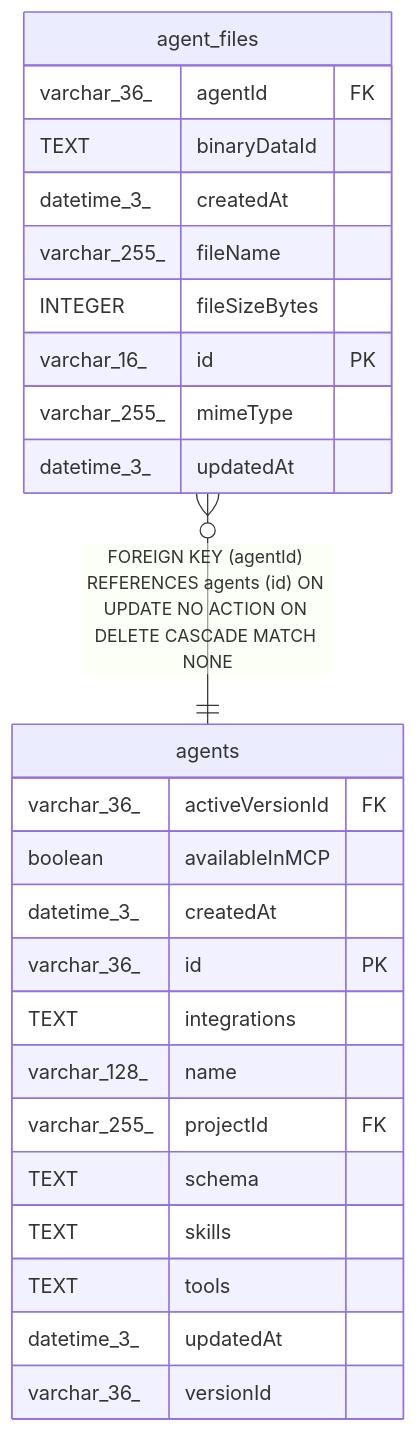
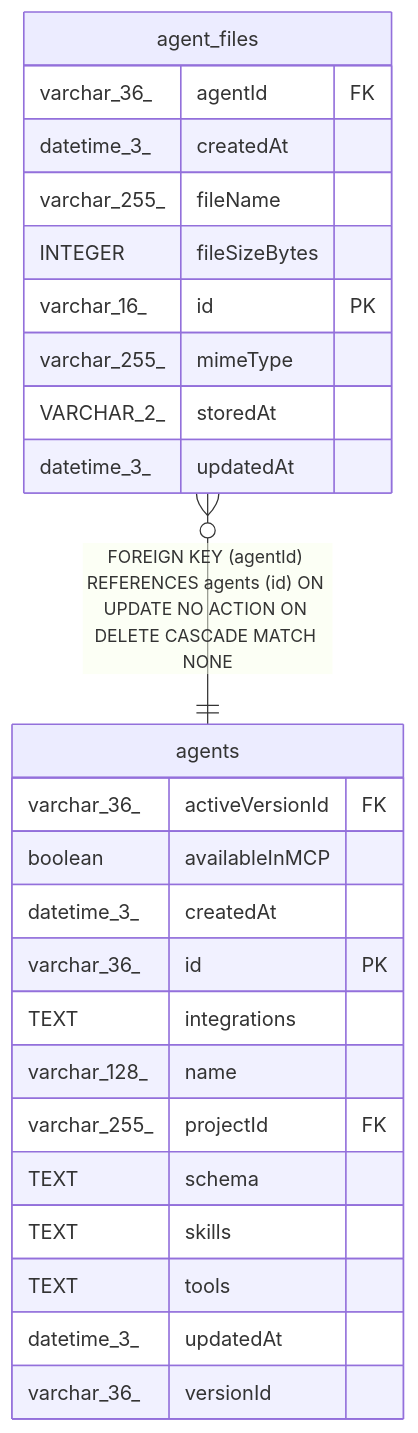
The diagram in docs/generated/sqlite-schema/agent_files.md (mayankjain1815-commits/n8n), drawn with Mermaid before and after one commit. The commit also changed other lines of this file and 9 other files, not shown here.

First line of the commit message:
refactor(core): Swap agent knowledge file binaryDataId for a storedAt location (no-changelog)

````diff
--- a/docs/generated/sqlite-schema/agent_files.md
+++ b/docs/generated/sqlite-schema/agent_files.md
@@ -46,30 +46,30 @@
 ```mermaid
 erDiagram
 
 "agent_files" }o--|| "agents" : "FOREIGN KEY (agentId) REFERENCES agents (id) ON UPDATE NO ACTION ON DELETE CASCADE MATCH NONE"
 
 "agent_files" {
   varchar_36_ agentId FK
-  TEXT binaryDataId
   datetime_3_ createdAt
   varchar_255_ fileName
   INTEGER fileSizeBytes
   varchar_16_ id PK
   varchar_255_ mimeType
+  VARCHAR_2_ storedAt
   datetime_3_ updatedAt
 }
 "agents" {
   varchar_36_ activeVersionId FK
   boolean availableInMCP
   datetime_3_ createdAt
   varchar_36_ id PK
   TEXT integrations
   varchar_128_ name
   varchar_255_ projectId FK
   TEXT schema
   TEXT skills
   TEXT tools
   datetime_3_ updatedAt
   varchar_36_ versionId
 }
 ```
````
